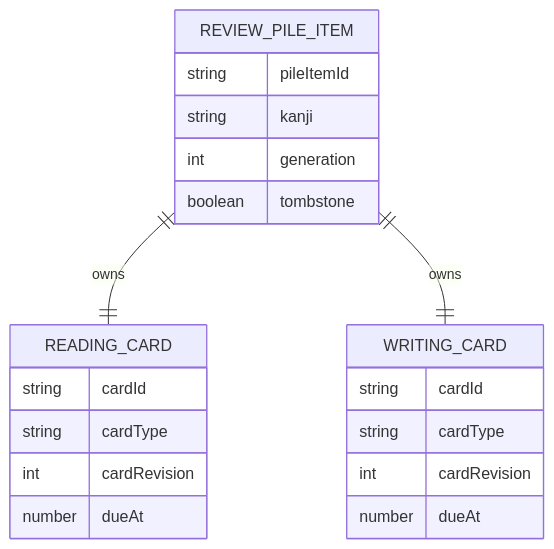
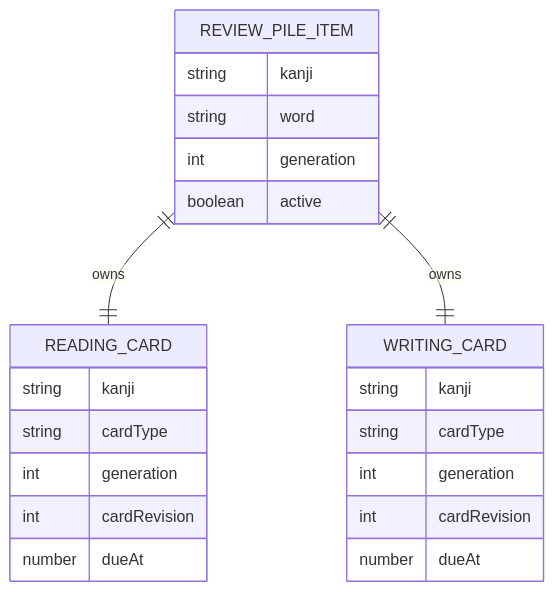
The first of 6 diagrams in docs/notes/STUDY-ENGINE-BRAINSTORM/STUDY-ENGINE-DESIGN/REVIEWS-AND-FSRS.md (PikaPikaGems/kanji-heatmap), drawn with Mermaid before and after one commit. The commit also changed other lines of this file and 8 other files, not shown here.

````diff
--- a/docs/notes/STUDY-ENGINE-BRAINSTORM/STUDY-ENGINE-DESIGN/REVIEWS-AND-FSRS.md
+++ b/docs/notes/STUDY-ENGINE-BRAINSTORM/STUDY-ENGINE-DESIGN/REVIEWS-AND-FSRS.md
@@ -48,23 +50,25 @@
 ```mermaid
 erDiagram
     REVIEW_PILE_ITEM ||--|| READING_CARD : owns
     REVIEW_PILE_ITEM ||--|| WRITING_CARD : owns
     REVIEW_PILE_ITEM {
-        string pileItemId
         string kanji
+        string word
         int generation
-        boolean tombstone
+        boolean active
     }
     READING_CARD {
-        string cardId
+        string kanji
         string cardType
+        int generation
         int cardRevision
         number dueAt
     }
     WRITING_CARD {
-        string cardId
+        string kanji
         string cardType
+        int generation
         int cardRevision
         number dueAt
     }
 ```
````
